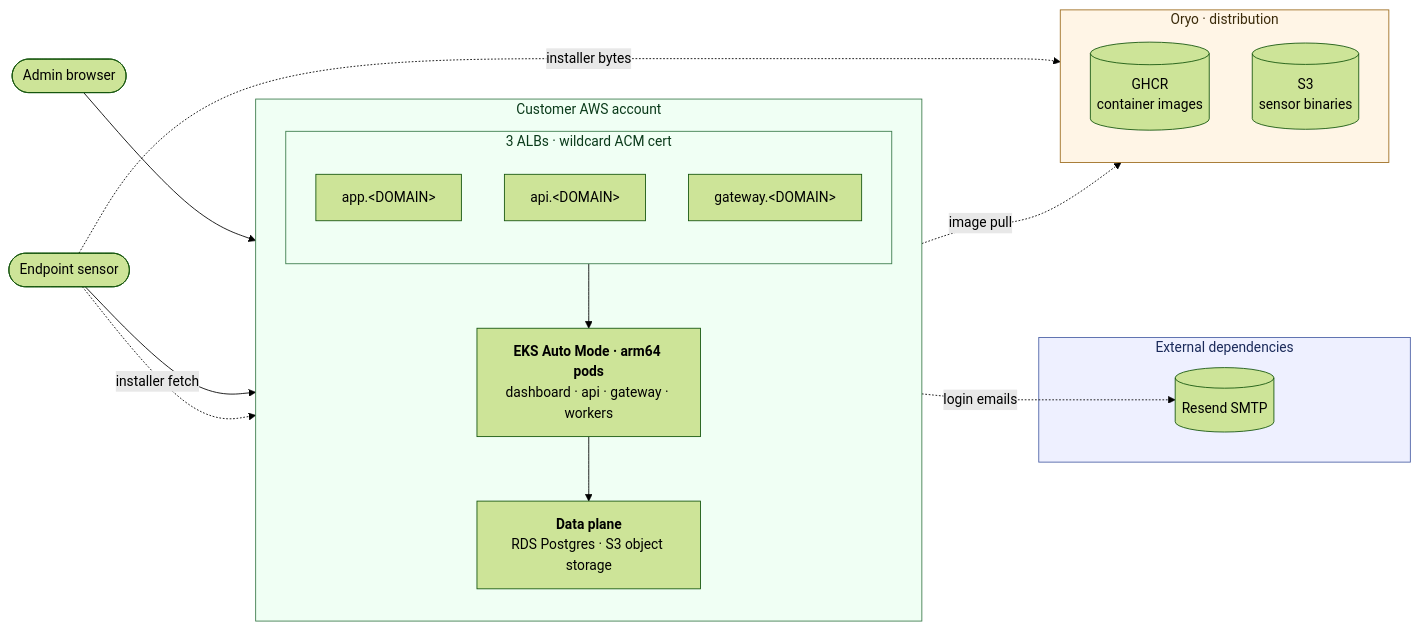
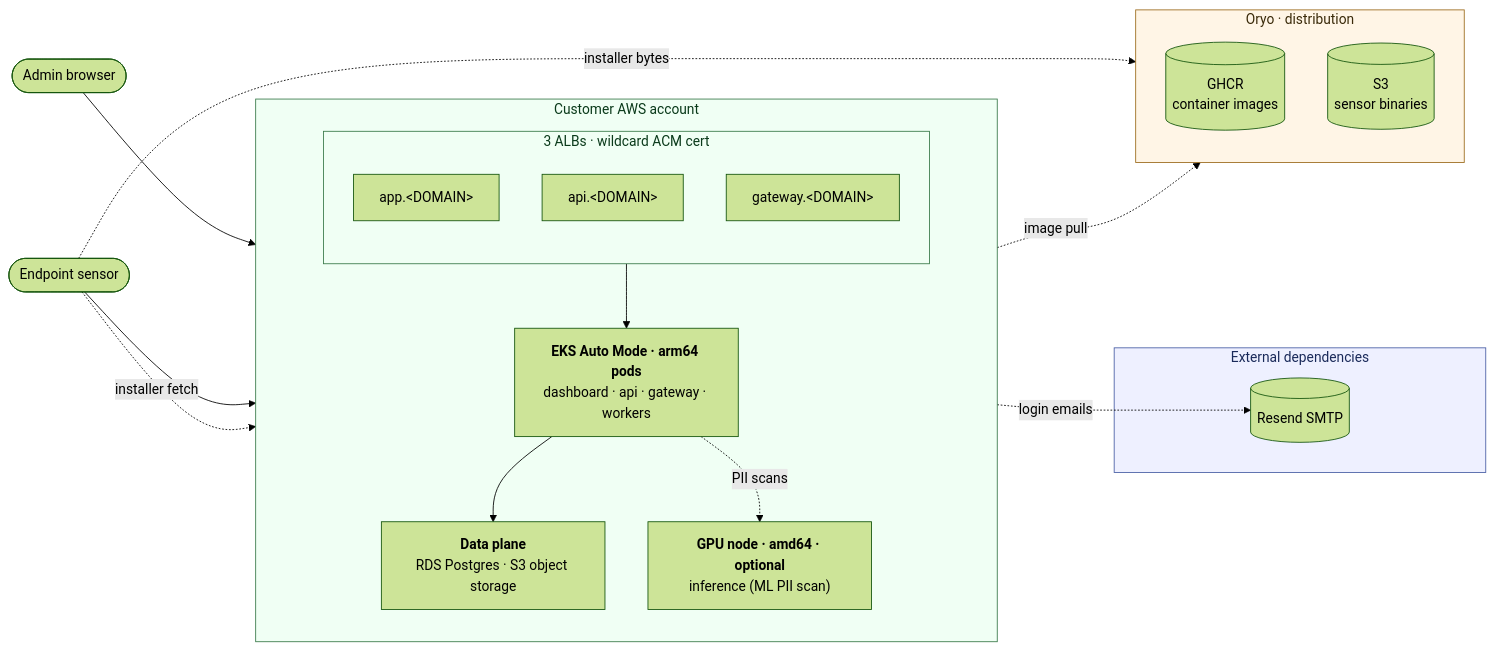
The diagram in README.md (oryo-identity/oryo-private-deploy), drawn with Mermaid (forest theme) before and after one commit. The commit also changed other lines of this file and 9 other files, not shown here.

First line of the commit message:
feat(chart): optional GPU inference service (ML PII scanning) + docs

````diff
--- a/README.md
+++ b/README.md
@@ -40,42 +43,44 @@
 ```mermaid
 flowchart LR
     BROWSER([Admin browser])
     SENSOR([Endpoint sensor])
 
     subgraph CUST["Customer AWS account"]
         direction TB
         subgraph ING["3 ALBs · wildcard ACM cert"]
             direction TB
             ALB_APP[app.&lt;DOMAIN&gt;]
             ALB_API[api.&lt;DOMAIN&gt;]
             ALB_GW[gateway.&lt;DOMAIN&gt;]
         end
         PODS["<b>EKS Auto Mode · arm64 pods</b><br/>dashboard · api · gateway · workers"]
+        GPU["<b>GPU node · amd64 · optional</b><br/>inference (ML PII scan)"]
         DATA["<b>Data plane</b><br/>RDS Postgres · S3 object storage"]
         ING --> PODS --> DATA
+        PODS -. PII scans .-> GPU
     end
 
     subgraph EXTDEPS["External dependencies"]
         RESEND[(Resend SMTP)]
     end
 
     subgraph ORYO["Oryo · distribution"]
         direction TB
         GHCR[(GHCR<br/>container images)]
         BIN[(S3<br/>sensor binaries)]
     end
 
     BROWSER --> ALB_APP
     SENSOR --> ALB_GW
     SENSOR -. installer fetch .-> ALB_API
     SENSOR -. installer bytes .-> BIN
     PODS -. login emails .-> RESEND
     PODS -. image pull .-> GHCR
 
     classDef cust fill:#f0fff4,stroke:#3a7a4a,color:#0a3a1a
     classDef oryo fill:#fff5e6,stroke:#9c6b1d,color:#3a2a0a
     classDef ext fill:#eef0ff,stroke:#4a5fa5,color:#1a2a5a
     class CUST,ING cust
     class ORYO oryo
     class EXTDEPS ext
 ```
````
